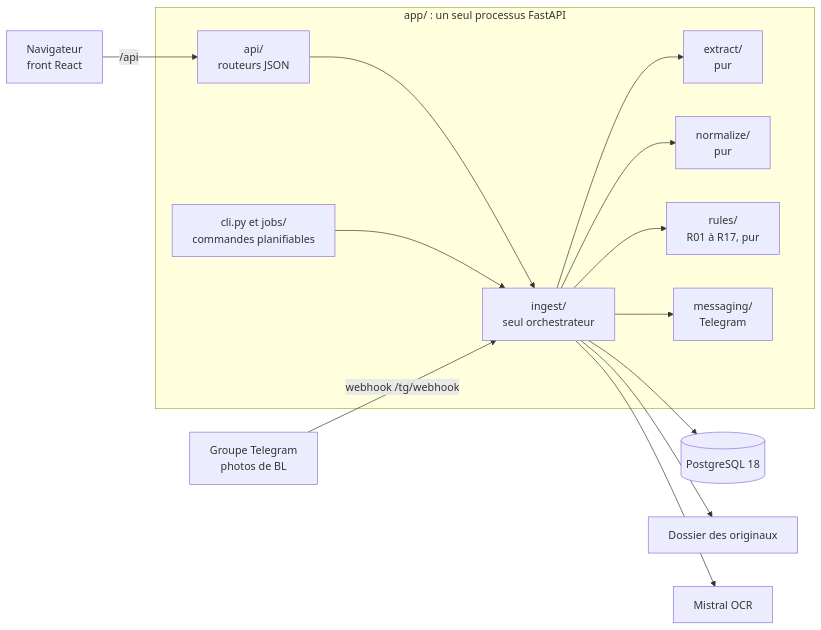
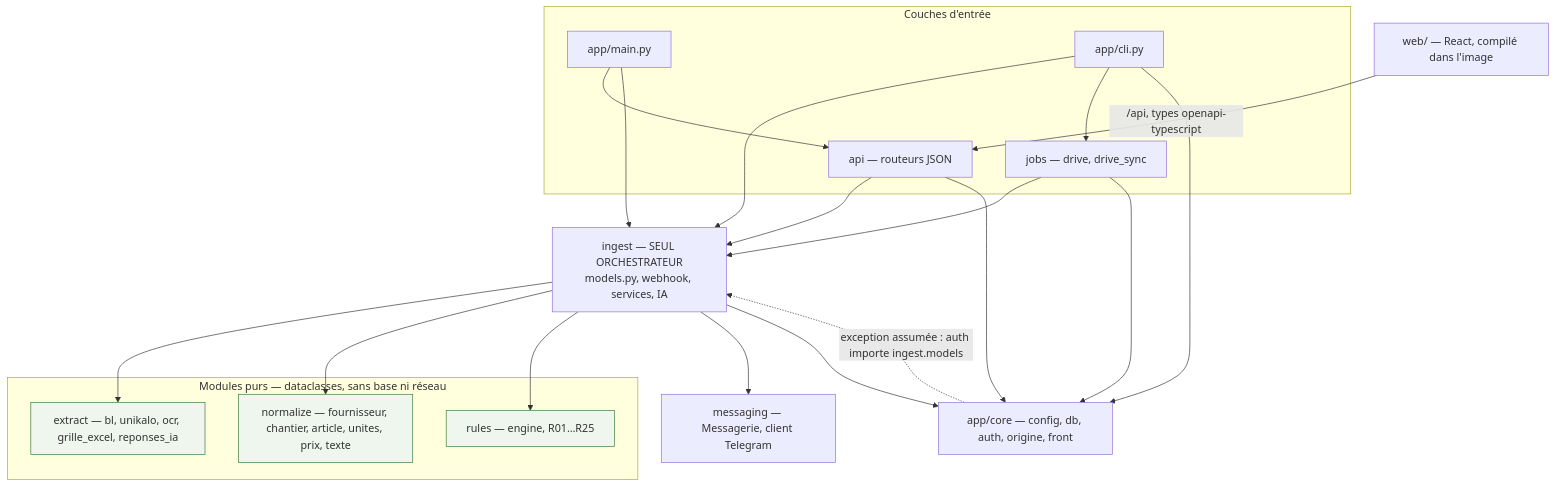
One commit to Asuura666/habitat-renovation changed the second of 2 diagrams in README.md. Above: the diagram before and after it, drawn with Mermaid. The commit also changed other lines of this file and 4 other files, not shown here.

````diff
--- a/README.md
+++ b/README.md
@@ -47,16 +535,36 @@
 ```mermaid
-flowchart LR
-  subgraph APP["app/ : un seul processus FastAPI"]
-    API["api/<br/>routeurs JSON"] --> INGEST["ingest/<br/>seul orchestrateur"]
-    CLI["cli.py et jobs/<br/>commandes planifiables"] --> INGEST
-    INGEST --> EXTRACT["extract/<br/>pur"]
-    INGEST --> NORMALIZE["normalize/<br/>pur"]
-    INGEST --> RULES["rules/<br/>R01 à R17, pur"]
-    INGEST --> MSG["messaging/<br/>Telegram"]
+flowchart TB
+  WEB["web/ — React, compilé dans l'image"]
+  subgraph entree["Couches d'entrée"]
+    MAIN["app/main.py"]
+    API["api — routeurs JSON"]
+    JOBS["jobs — drive, drive_sync"]
+    CLI["app/cli.py"]
   end
-  TG["Groupe Telegram<br/>photos de BL"] -- "webhook /tg/webhook" --> INGEST
-  NAV["Navigateur<br/>front React"] -- "/api" --> API
-  INGEST --> PG[("PostgreSQL 18")]
-  INGEST --> DOCS["Dossier des originaux"]
-  INGEST --> OCR["Mistral OCR"]
+  INGEST["ingest — SEUL ORCHESTRATEUR<br/>models.py, webhook, services, IA"]
+  subgraph purs["Modules purs — dataclasses, sans base ni réseau"]
+    EXTRACT["extract — bl, unikalo, ocr, grille_excel, reponses_ia"]
+    NORMALIZE["normalize — fournisseur, chantier, article, unites, prix, texte"]
+    RULES["rules — engine, R01…R25"]
+  end
+  MSG["messaging — Messagerie, client Telegram"]
+  CORE["app/core — config, db, auth, origine, front"]
+  WEB -->|"/api, types openapi-typescript"| API
+  MAIN --> API
+  MAIN --> INGEST
+  API --> INGEST
+  API --> CORE
+  JOBS --> INGEST
+  JOBS --> CORE
+  INGEST --> EXTRACT
+  INGEST --> NORMALIZE
+  INGEST --> RULES
+  INGEST --> MSG
+  INGEST --> CORE
+  CORE -.->|"exception assumée : auth importe ingest.models"| INGEST
+  CLI --> INGEST
+  CLI --> JOBS
+  CLI --> CORE
+  classDef pur fill:#eef6ee,stroke:#3a7a3a
+  class EXTRACT,NORMALIZE,RULES pur
 ```
````
